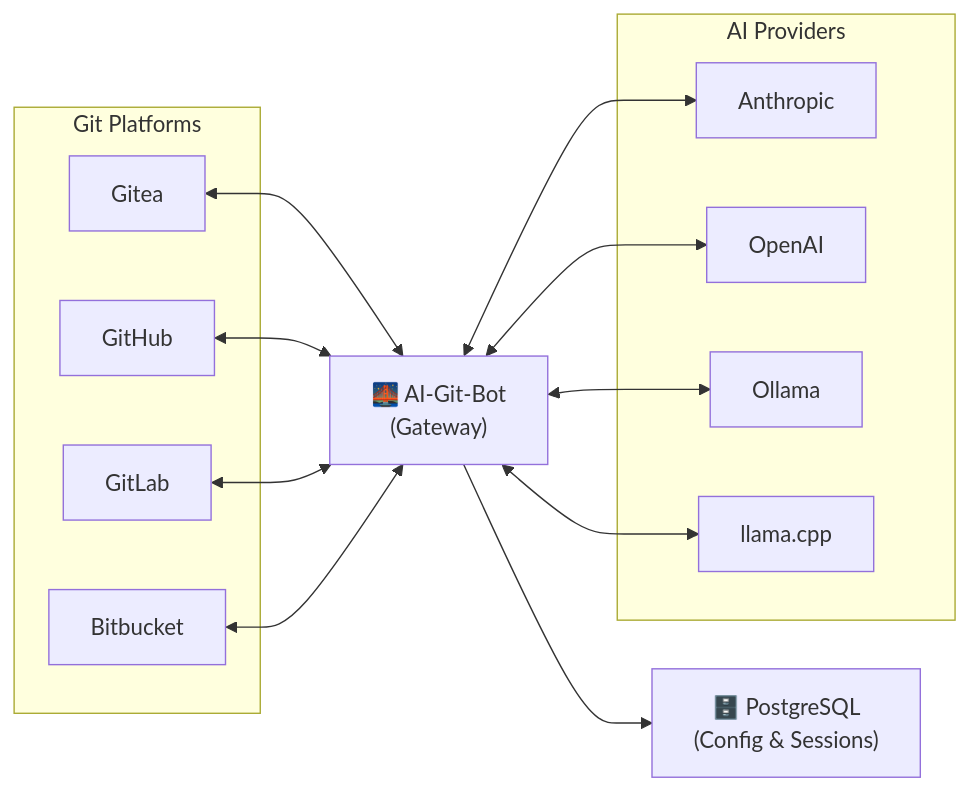
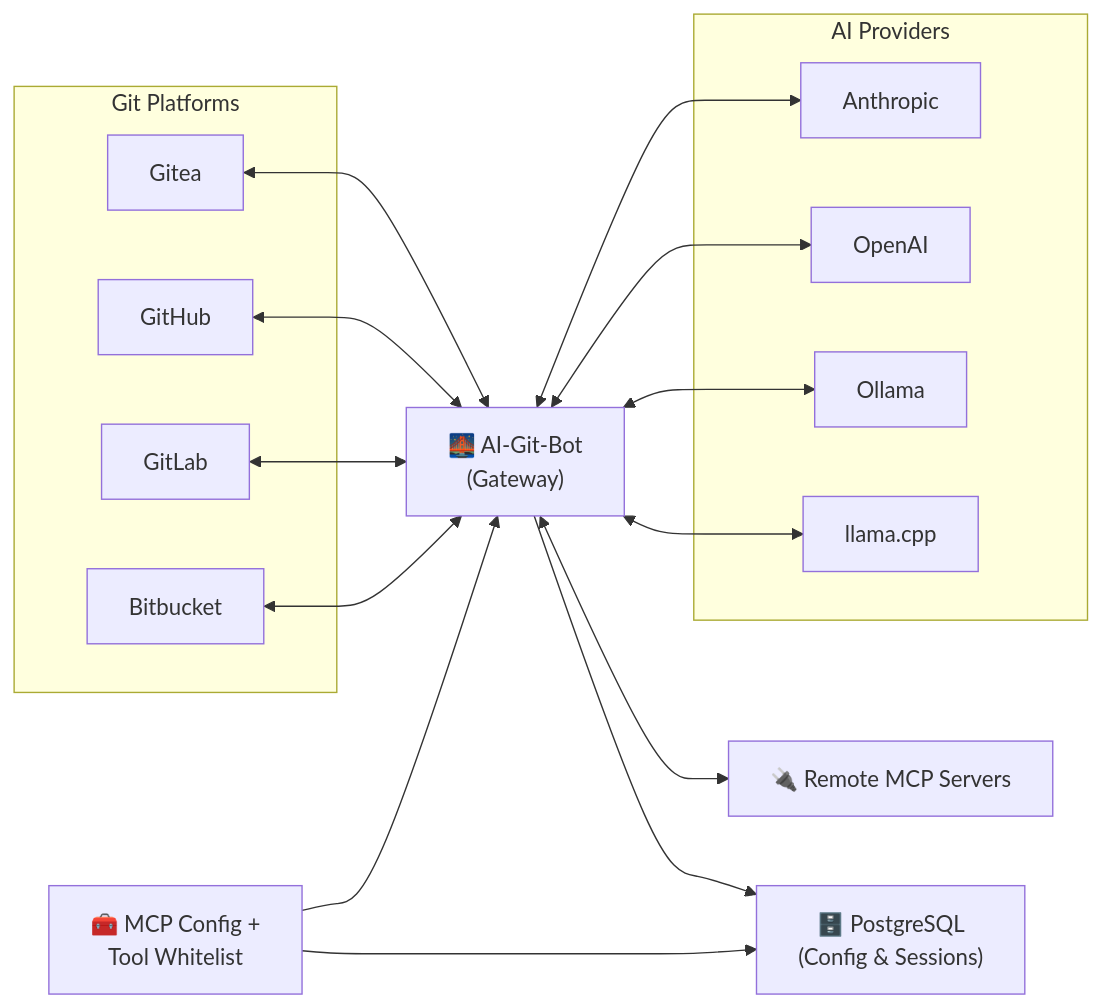
Before and after one commit to Pils10/ai-git-bot-arm: the first of 2 diagrams in README.md, drawn with Mermaid. The commit also changed other lines of this file and 26 other files, not shown here.

First line of the commit message:
feat(mcp): add MCP tool whitelist workflow, bot details view, and docs

````diff
--- a/README.md
+++ b/README.md
@@ -46,29 +46,34 @@
 ```mermaid
 graph LR
     subgraph Git Platforms
         Gitea
         GitHub
         GitLab
         Bitbucket
     end
 
     subgraph AI Providers
         Anthropic
         OpenAI
         Ollama
         llama.cpp
     end
 
     Gateway["🌉 AI-Git-Bot\n(Gateway)"]
     DB["🗄️ PostgreSQL\n(Config & Sessions)"]
+    MCPServers["🔌 Remote MCP Servers"]
+    MCPConfig["🧰 MCP Config +\nTool Whitelist"]
 
     Gitea <--> Gateway
     GitHub <--> Gateway
     GitLab <--> Gateway
     Bitbucket <--> Gateway
     Gateway <--> Anthropic
     Gateway <--> OpenAI
     Gateway <--> Ollama
     Gateway <--> llama.cpp
+    Gateway <--> MCPServers
+    MCPConfig --> Gateway
+    MCPConfig --> DB
     Gateway --> DB
 ```
````
